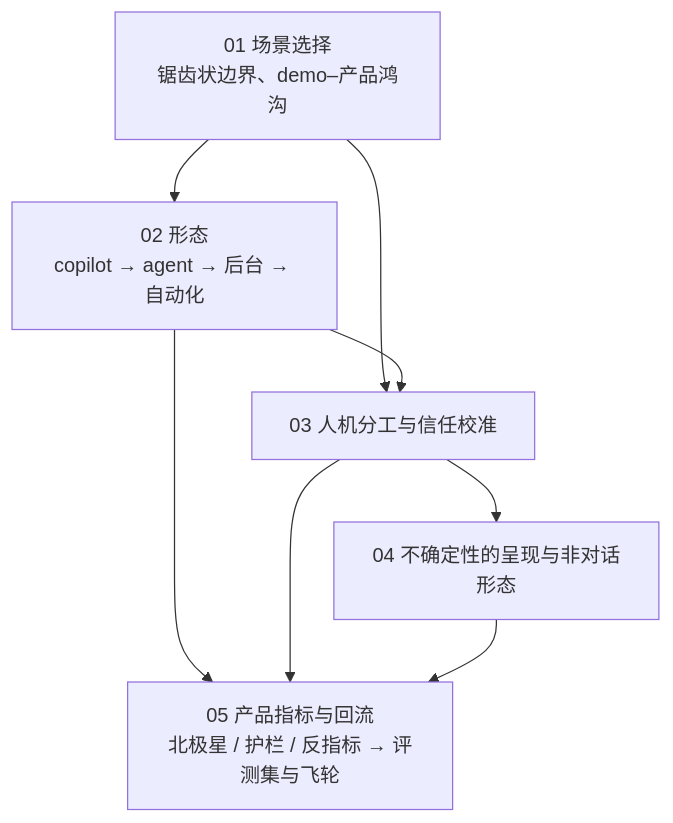
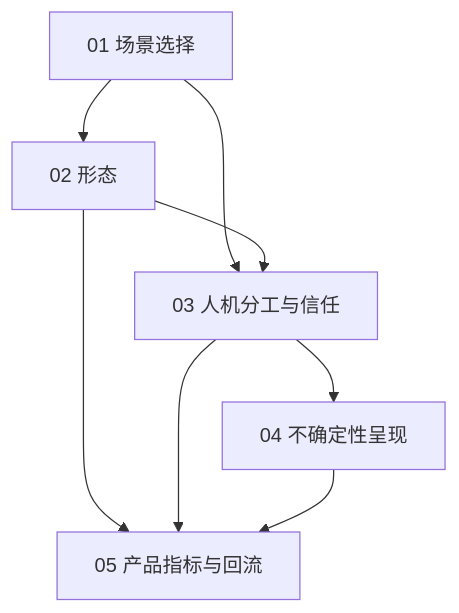
One commit to arganzheng/arganzheng.github.com changed the first of 6 diagrams in slides/2026-11-20-product-and-experience.md. Above: the diagram before and after it, drawn with Mermaid. The commit also changed other lines of this file, not shown here.

Commit message:
slides(2026-11-20-product-and-experience): 图内文字 ≥14px——标签缩短/拆分/Unicode 数学

````diff
--- a/slides/2026-11-20-product-and-experience.md
+++ b/slides/2026-11-20-product-and-experience.md
@@ -26,8 +26,8 @@
 ```mermaid
 %%{init: {"flowchart": {"wrappingWidth": 200}}}%%
 flowchart TB
-    U1["01 场景选择<br/>锯齿状边界、demo–产品鸿沟"] --> U2["02 形态<br/>copilot → agent → 后台 → 自动化"]
-    U1 & U2 --> U3["03 人机分工与信任校准"]
-    U3 --> U4["04 不确定性的呈现与非对话形态"]
-    U2 & U3 & U4 --> U5["05 产品指标与回流<br/>北极星 / 护栏 / 反指标 → 评测集与飞轮"]
+    U1["01 场景选择"] --> U2["02 形态"]
+    U1 & U2 --> U3["03 人机分工与信任"]
+    U3 --> U4["04 不确定性呈现"]
+    U2 & U3 & U4 --> U5["05 产品指标与回流"]
 ```
````
